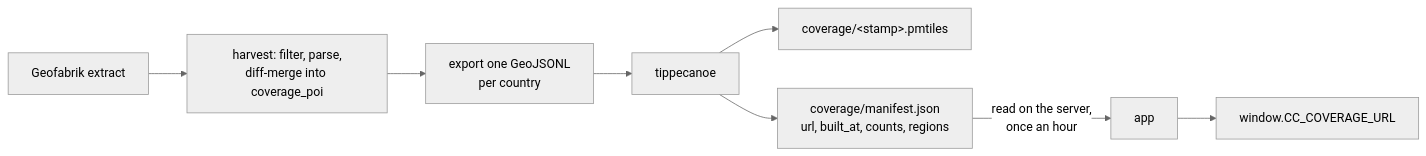
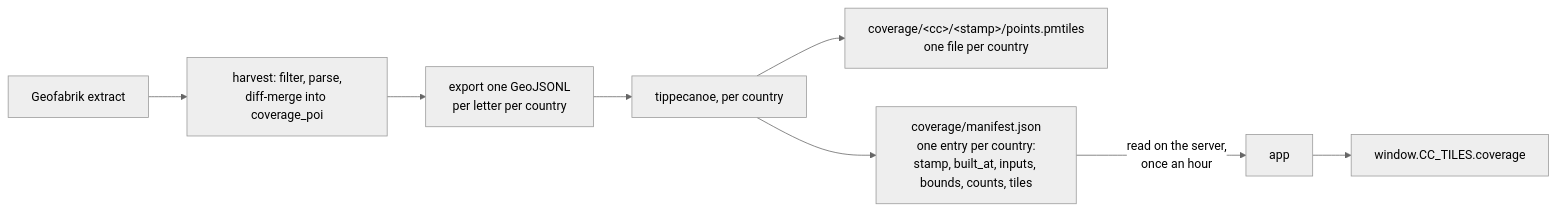
The second of 2 diagrams in wiki/developers/map-page.md (cycling-commons/cycling-commons), drawn with Mermaid (neutral theme) before and after one commit. The commit also changed other lines of this file and 5 other files, not shown here.

First line of the commit message:
docs(wiki): describe the per-country tile model, not the single archive

````diff
--- a/wiki/developers/map-page.md
+++ b/wiki/developers/map-page.md
@@ -138,9 +147,9 @@
 ```mermaid
 flowchart LR
   G[Geofabrik extract] --> H[harvest: filter, parse,<br/>diff-merge into coverage_poi]
-  H --> E[export one GeoJSONL<br/>per country]
-  E --> K[tippecanoe]
-  K --> AR[coverage/&lt;stamp&gt;.pmtiles]
-  K --> M[coverage/manifest.json<br/>url, built_at, counts, regions]
-  M -->|read on the server,<br/>once an hour| APP[app] --> PAGE[window.CC_COVERAGE_URL]
+  H --> E[export one GeoJSONL<br/>per letter per country]
+  E --> K[tippecanoe, per country]
+  K --> AR[coverage/&lt;cc&gt;/&lt;stamp&gt;/points.pmtiles<br/>one file per country]
+  K --> M[coverage/manifest.json<br/>one entry per country:<br/>stamp, built_at, inputs, bounds, counts, tiles]
+  M -->|read on the server,<br/>once an hour| APP[app] --> PAGE[window.CC_TILES.coverage]
 ```
````
